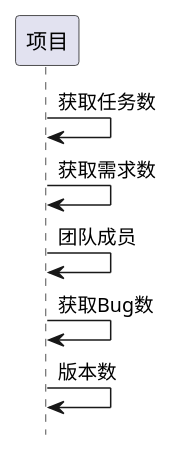
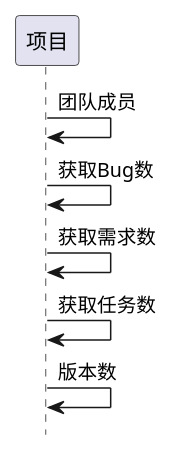
Before and after one commit to zj335841911/nt_chandao: the third of 17 diagrams in ibizpms-docs/src/main/doc/v1/module/zentao/Project_old.md, drawn with PlantUML. The commit also changed other lines of this file and 2125 other files, not shown here.

```diff
--- a/ibizpms-docs/src/main/doc/v1/module/zentao/Project_old.md
+++ b/ibizpms-docs/src/main/doc/v1/module/zentao/Project_old.md
@@ -287,9 +287,9 @@
 {% plantuml %}
 hide footbox
 
-项目 -> 项目: 获取任务数
-项目 -> 项目: 获取需求数
 项目 -> 项目: 团队成员
 项目 -> 项目: 获取Bug数
+项目 -> 项目: 获取需求数
+项目 -> 项目: 获取任务数
 项目 -> 项目: 版本数
 {% endplantuml %}
```
